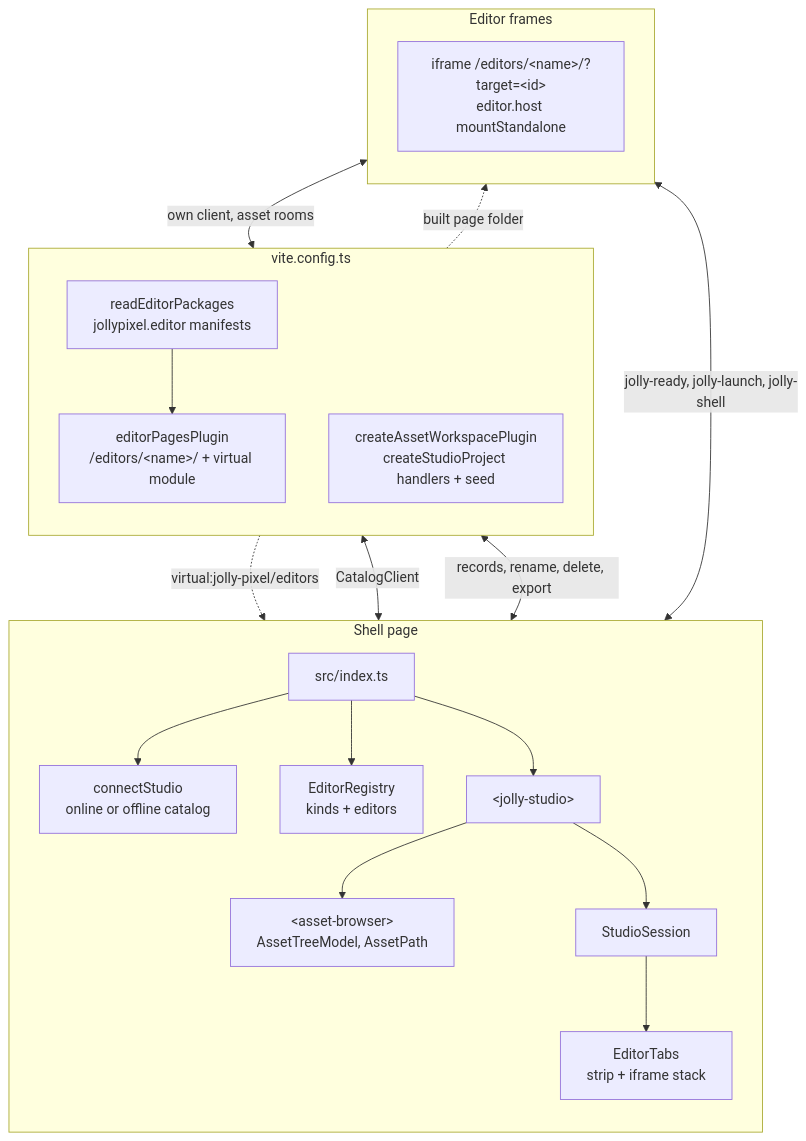
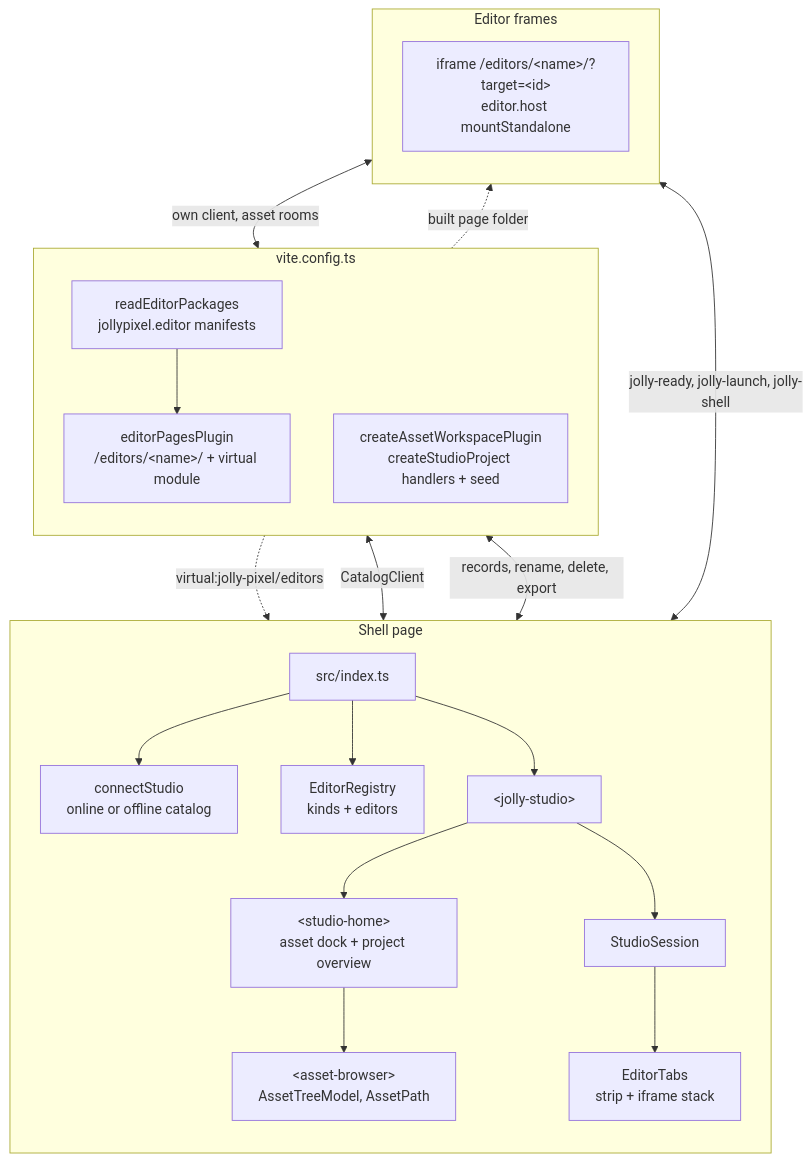
One commit to JollyPixel/editor changed the first of 3 diagrams in packages/studio/ARCHITECTURE.md. Above: the diagram before and after it, drawn with Mermaid. The commit also changed other lines of this file and 43 other files, not shown here.

````diff
--- a/packages/studio/ARCHITECTURE.md
+++ b/packages/studio/ARCHITECTURE.md
@@ -11,39 +11,41 @@
 ```mermaid
 flowchart TB
   subgraph Vite["vite.config.ts"]
     direction TB
     Manifests["readEditorPackages<br/>jollypixel.editor manifests"]
     Pages["editorPagesPlugin<br/>/editors/&lt;name&gt;/ + virtual module"]
     Backend["createAssetWorkspacePlugin<br/>createStudioProject handlers + seed"]
     Manifests --> Pages
   end
 
   subgraph Shell["Shell page"]
     direction TB
     Boot["src/index.ts"]
     Connection["connectStudio<br/>online or offline catalog"]
     Registry["EditorRegistry<br/>kinds + editors"]
     Studio["&lt;jolly-studio&gt;"]
+    Home["&lt;studio-home&gt;<br/>asset dock + project overview"]
     Browser["&lt;asset-browser&gt;<br/>AssetTreeModel, AssetPath"]
     Session["StudioSession"]
     Tabs["EditorTabs<br/>strip + iframe stack"]
     Boot --> Connection
     Boot --> Registry
     Boot --> Studio
-    Studio --> Browser
+    Studio --> Home
+    Home --> Browser
     Studio --> Session
     Session --> Tabs
   end
 
   subgraph Frames["Editor frames"]
     direction TB
     Frame["iframe /editors/&lt;name&gt;/?target=&lt;id&gt;<br/>editor.host mountStandalone"]
   end
 
   Pages -.->|"virtual:jolly-pixel/editors"| Registry
   Pages -.->|"built page folder"| Frame
   Connection <-->|"CatalogClient"| Backend
   Browser <-->|"records, rename, delete, export"| Backend
   Tabs <-->|"jolly-ready, jolly-launch, jolly-shell"| Frame
   Frame <-->|"own client, asset rooms"| Backend
 ```
````
